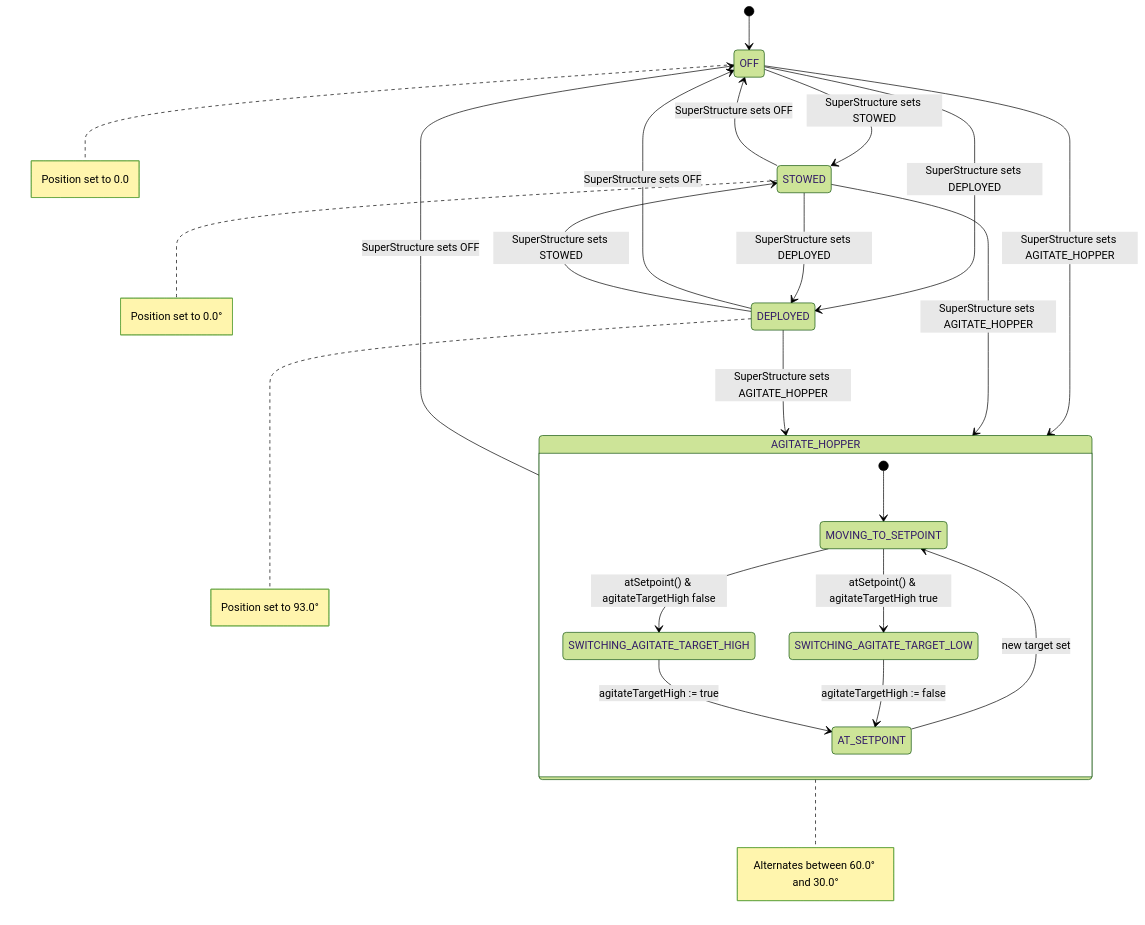
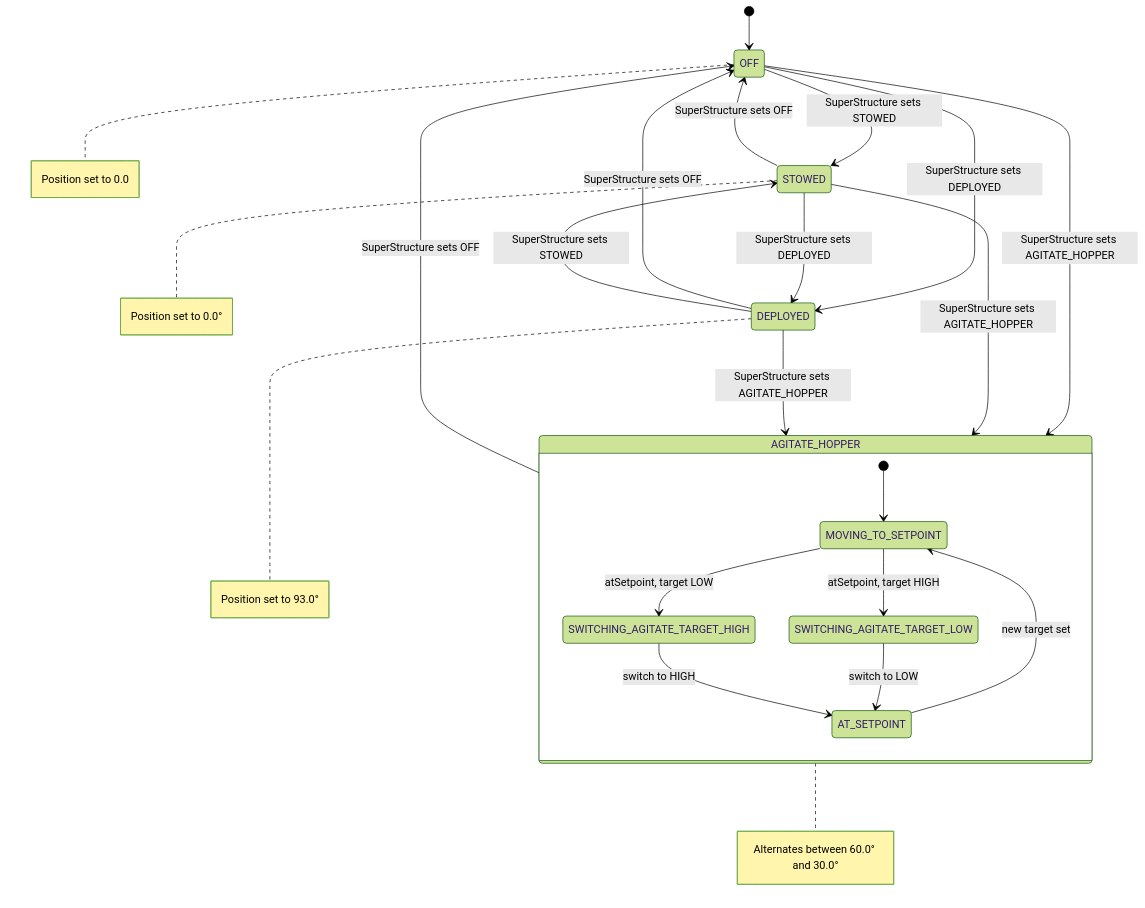
One commit to FRCTeam360/RainMaker26 changed the diagram in docs/states/IntakePivotStateMachine.mmd. Above: the diagram before and after it, drawn with Mermaid (forest theme).

Commit message:
fixed for github

```diff
--- a/docs/states/IntakePivotStateMachine.mmd
+++ b/docs/states/IntakePivotStateMachine.mmd
@@ -1,32 +1,32 @@
 %% IntakePivot State Machine
 %% Reflects actual code in IntakePivot.java (2026-02-27)
 stateDiagram-v2
     [*] --> OFF
 
     OFF --> STOWED : SuperStructure sets STOWED
     STOWED --> OFF : SuperStructure sets OFF
 
     OFF --> DEPLOYED : SuperStructure sets DEPLOYED
     DEPLOYED --> OFF : SuperStructure sets OFF
 
     STOWED --> DEPLOYED : SuperStructure sets DEPLOYED
     DEPLOYED --> STOWED : SuperStructure sets STOWED
 
     OFF --> AGITATE_HOPPER : SuperStructure sets AGITATE_HOPPER
     STOWED --> AGITATE_HOPPER : SuperStructure sets AGITATE_HOPPER
     DEPLOYED --> AGITATE_HOPPER : SuperStructure sets AGITATE_HOPPER
     AGITATE_HOPPER --> OFF : SuperStructure sets OFF
 
     state AGITATE_HOPPER {
         [*] --> MOVING_TO_SETPOINT
-        MOVING_TO_SETPOINT --> SWITCHING_AGITATE_TARGET_HIGH : atSetpoint() & agitateTargetHigh false
-        MOVING_TO_SETPOINT --> SWITCHING_AGITATE_TARGET_LOW : atSetpoint() & agitateTargetHigh true
-        SWITCHING_AGITATE_TARGET_HIGH --> AT_SETPOINT : agitateTargetHigh := true
-        SWITCHING_AGITATE_TARGET_LOW --> AT_SETPOINT : agitateTargetHigh := false
+        MOVING_TO_SETPOINT --> SWITCHING_AGITATE_TARGET_HIGH : atSetpoint, target LOW
+        MOVING_TO_SETPOINT --> SWITCHING_AGITATE_TARGET_LOW : atSetpoint, target HIGH
+        SWITCHING_AGITATE_TARGET_HIGH --> AT_SETPOINT : switch to HIGH
+        SWITCHING_AGITATE_TARGET_LOW --> AT_SETPOINT : switch to LOW
         AT_SETPOINT --> MOVING_TO_SETPOINT : new target set
     }
 
     note right of OFF : Position set to 0.0
     note right of STOWED : Position set to 0.0°
     note right of DEPLOYED : Position set to 93.0°
     note right of AGITATE_HOPPER : Alternates between 60.0° and 30.0°
```
